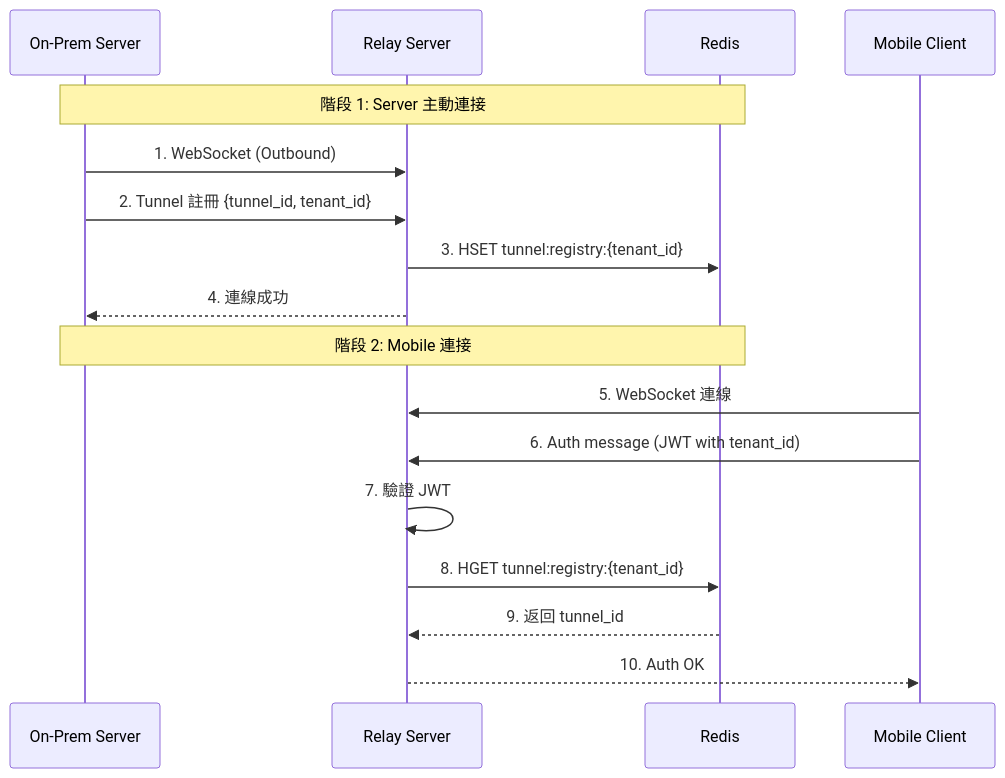
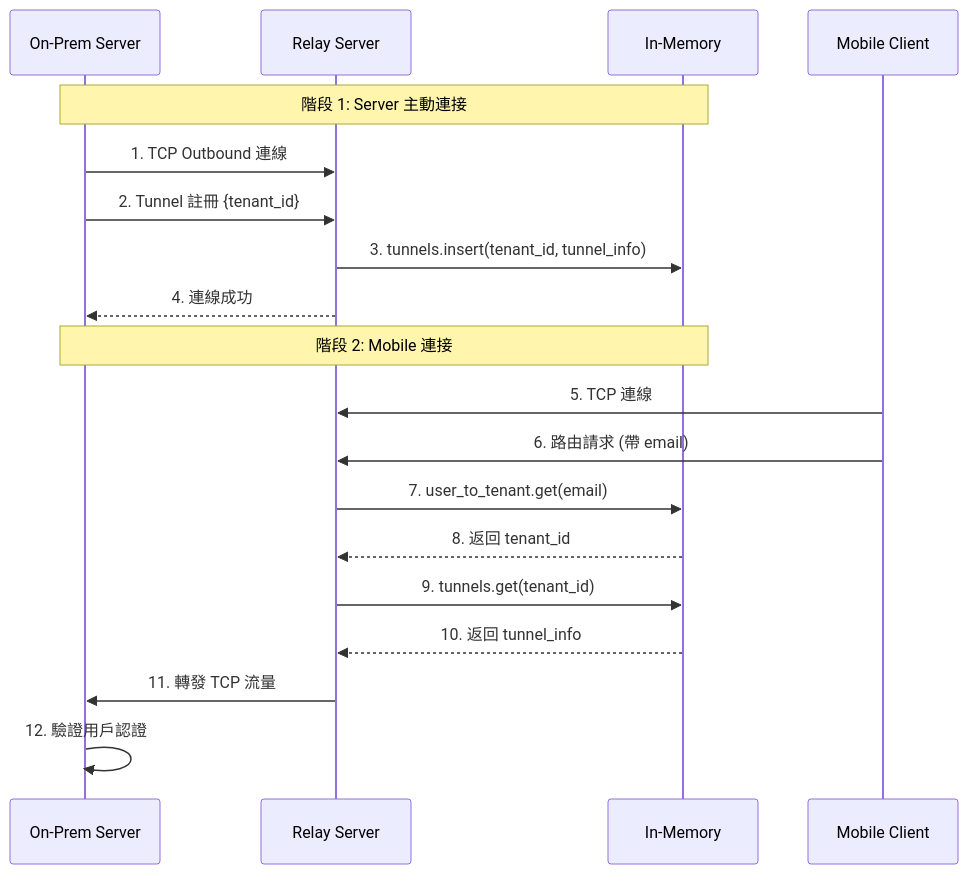
One commit to marychoucool/sentinelDesign changed the third of 3 diagrams in relayServerDesign.md. Above: the diagram before and after it, drawn with Mermaid. The commit also changed other lines of this file and 5 other files, not shown here.

````diff
--- a/relayServerDesign.md
+++ b/relayServerDesign.md
@@ -110,21 +112,23 @@
 ```mermaid
 sequenceDiagram
     participant Server as On-Prem Server
     participant Relay as Relay Server
-    participant Redis as Redis
+    participant Mem as In-Memory
     participant Client as Mobile Client
 
-    Note over Server,Redis: 階段 1: Server 主動連接
-    Server->>Relay: 1. WebSocket (Outbound)
-    Server->>Relay: 2. Tunnel 註冊 {tunnel_id, tenant_id}
-    Relay->>Redis: 3. HSET tunnel:registry:{tenant_id}
+    Note over Server,Mem: 階段 1: Server 主動連接
+    Server->>Relay: 1. TCP Outbound 連線
+    Server->>Relay: 2. Tunnel 註冊 {tenant_id}
+    Relay->>Mem: 3. tunnels.insert(tenant_id, tunnel_info)
     Relay-->>Server: 4. 連線成功
 
-    Note over Server,Redis: 階段 2: Mobile 連接
-    Client->>Relay: 5. WebSocket 連線
-    Client->>Relay: 6. Auth message (JWT with tenant_id)
-    Relay->>Relay: 7. 驗證 JWT
-    Relay->>Redis: 8. HGET tunnel:registry:{tenant_id}
-    Redis-->>Relay: 9. 返回 tunnel_id
-    Relay-->>Client: 10. Auth OK
+    Note over Server,Mem: 階段 2: Mobile 連接
+    Client->>Relay: 5. TCP 連線
+    Client->>Relay: 6. 路由請求 (帶 email)
+    Relay->>Mem: 7. user_to_tenant.get(email)
+    Mem-->>Relay: 8. 返回 tenant_id
+    Relay->>Mem: 9. tunnels.get(tenant_id)
+    Mem-->>Relay: 10. 返回 tunnel_info
+    Relay->>Server: 11. 轉發 TCP 流量
+    Server->>Server: 12. 驗證用戶認證
 ```
````
